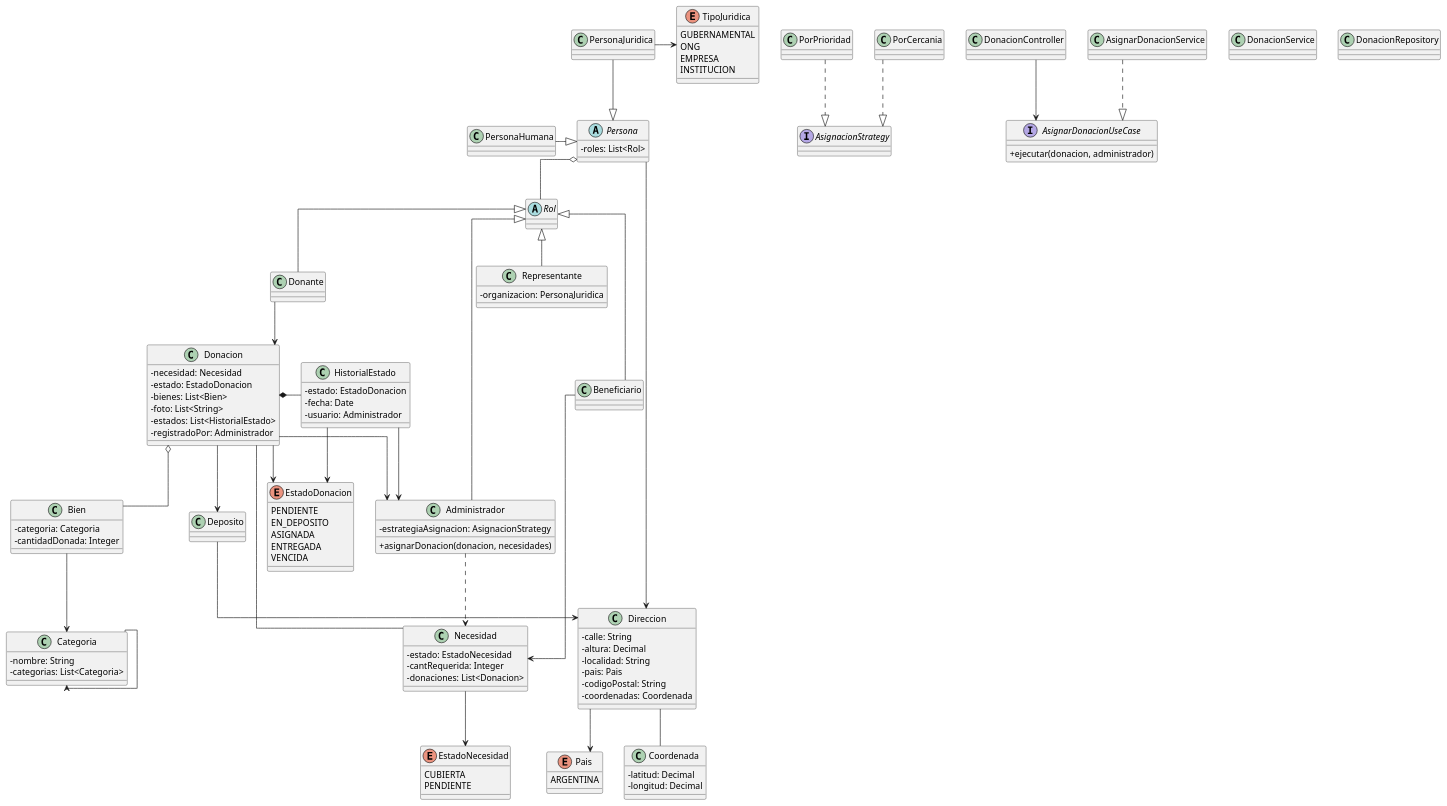
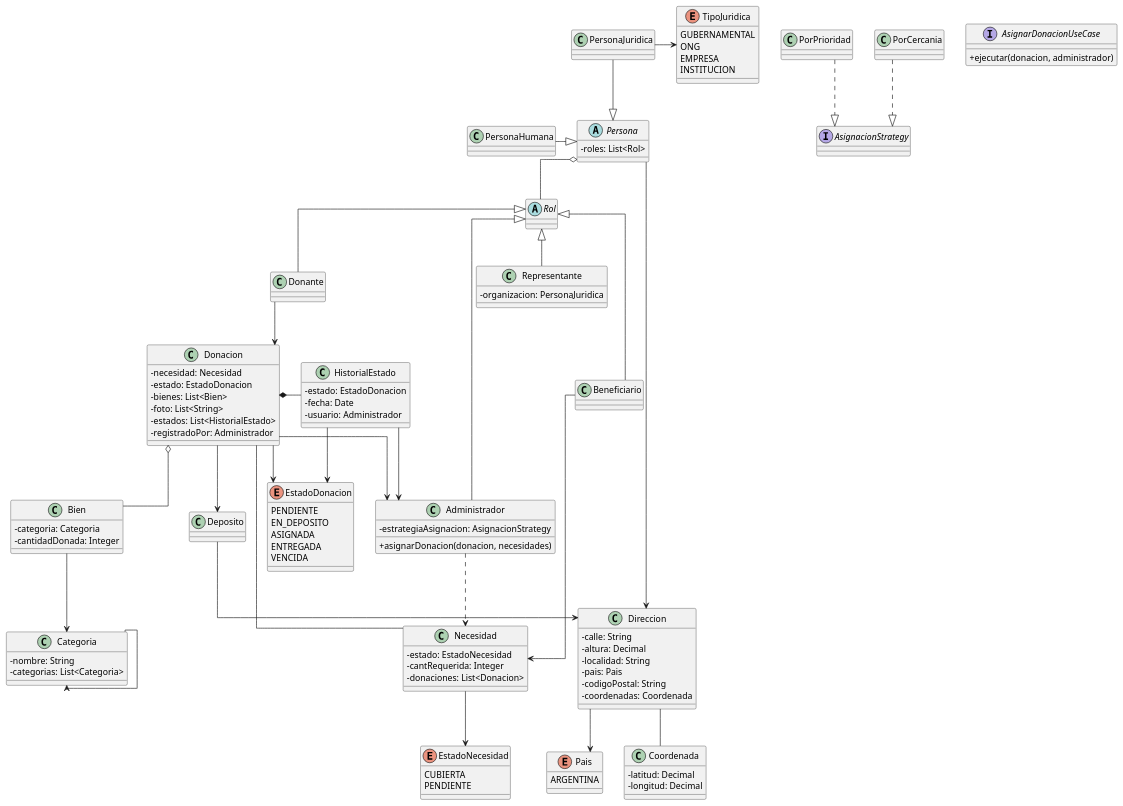
One commit to matefernandezcc/DonaTrack changed the diagram in diagramas/donaciones/ServicioDonacion.puml. Above: the diagram before and after it, drawn with PlantUML. The commit also changed 4 other files, not shown here.

Commit message:
🎨 Diagrama: Update Servicio Donacion

```diff
--- a/diagramas/donaciones/ServicioDonacion.puml
+++ b/diagramas/donaciones/ServicioDonacion.puml
@@ -1,167 +1,159 @@
 @startuml Donaciones
 skinparam classAttributeIconSize 0
 skinparam linetype ortho
 
 ' ====== IDENTIDAD Y ROLES ======
 abstract class Persona {
     - roles: List<Rol>
 }
 
 class PersonaHumana {}
 class PersonaJuridica {}
 
 PersonaHumana -|> Persona
 PersonaJuridica --|> Persona
 
 abstract class Rol
 
 class Representante {
     - organizacion: PersonaJuridica
 }
 
 class Beneficiario
 class Donante
 class Administrador{
 - estrategiaAsignacion: AsignacionStrategy
 + asignarDonacion(donacion, necesidades)
 }
 
 Administrador ..> Necesidad
 
 interface AsignacionStrategy
 class PorPrioridad
 class PorCercania
 
 PorPrioridad ..|> AsignacionStrategy
 PorCercania ..|> AsignacionStrategy
 
 
 Representante --up|> Rol
 Donante --up|> Rol
 Administrador --up|> Rol
 Beneficiario --up|> Rol
 
 Persona o-- Rol
 
 ' ====== JURIDICA ======
 enum TipoJuridica {
     GUBERNAMENTAL
     ONG
     EMPRESA
     INSTITUCION
 }
 
 PersonaJuridica -> TipoJuridica
 
 ' ====== LOCALIZACION ======
 class Direccion {
 - calle: String
 - altura: Decimal
 - localidad: String
 - pais: Pais
 - codigoPostal: String
 - coordenadas: Coordenada
 }
 
 class Coordenada {
 - latitud: Decimal
 - longitud: Decimal
 }
 
 class Deposito {
 }
 Deposito --> Direccion
 
 enum Pais {
     ARGENTINA
 }
 
 Direccion --> Pais
 Persona --> Direccion
 Direccion -- Coordenada
 
 ' ====== DONACION Y BIENES ======
 class Donacion {
 - necesidad: Necesidad
 - estado: EstadoDonacion
 - bienes: List<Bien>
 - foto: List<String>
 - estados: List<HistorialEstado>
 - registradoPor: Administrador
 }
 
 class Bien {
 - categoria: Categoria
 - cantidadDonada: Integer
 }
 
 class Categoria{
 - nombre: String
 - categorias: List<Categoria>
 }
 
 class HistorialEstado{
 - estado: EstadoDonacion
 - fecha: Date
 - usuario: Administrador
 }
 
 
 HistorialEstado --> Administrador
 HistorialEstado --> EstadoDonacion
 
 Bien --> Categoria
 Categoria --> Categoria
 
 enum EstadoDonacion {
     PENDIENTE
     EN_DEPOSITO
     ASIGNADA
     ENTREGADA
     VENCIDA
 }
 
 Donacion --> Administrador
 Donacion *- HistorialEstado
 Donacion -- Necesidad
 Donacion --> Deposito
 Donacion --> EstadoDonacion
 Donacion o-- Bien
 
 'note bottom of Bien
 'posible patron composite porq hay
 'Categorias y Subcategorias
 'end note
 
 ' ====== DOMINIO DONACIONES ======
 class Necesidad {
 - estado: EstadoNecesidad
 - cantRequerida: Integer
 - donaciones: List<Donacion>
 }
 
 enum EstadoNecesidad {
     CUBIERTA
     PENDIENTE
 }
 
 Necesidad --> EstadoNecesidad
 Donante --> Donacion
 Beneficiario -> Necesidad
 
-' ====== Ports y Adapters ======
-class DonacionController {}
-class DonacionService {}
-class DonacionRepository {}
-
-DonacionController --> AsignarDonacionUseCase
-AsignarDonacionService ..|> AsignarDonacionUseCase
-
 interface AsignarDonacionUseCase{
 + ejecutar(donacion, administrador)
 }
 
 
 
 
 @enduml
```
